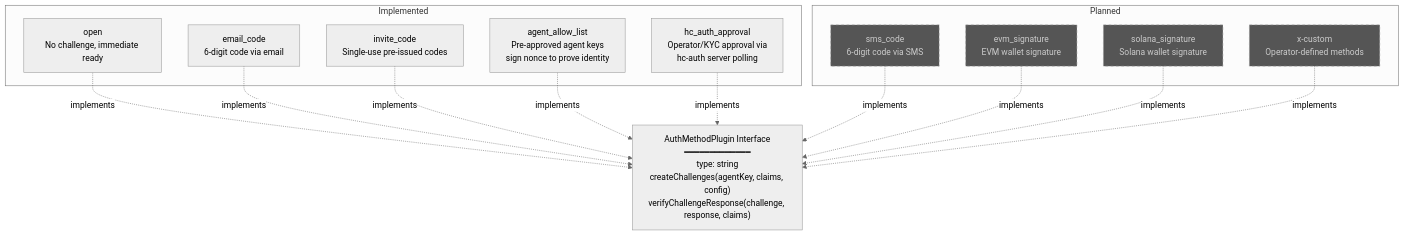
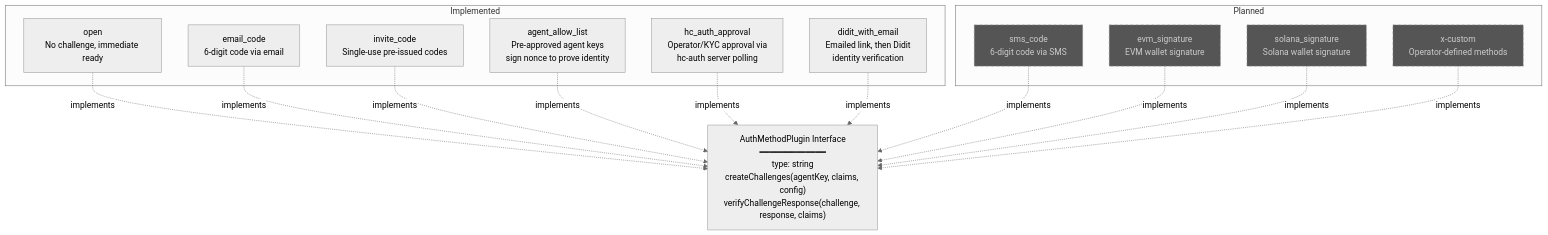
One commit to Holo-Host/joining-service changed the eighth of 9 diagrams in ARCHITECTURE.md. Above: the diagram before and after it, drawn with Mermaid (neutral theme). The commit also changed other lines of this file and 26 other files, not shown here.

First line of the commit message:
feat(auth): didit_with_email joins by emailed link and Didit verification

````diff
--- a/ARCHITECTURE.md
+++ b/ARCHITECTURE.md
@@ -420,34 +435,36 @@
 ```mermaid
 graph TB
     subgraph "Implemented"
         Open["open<br/>No challenge, immediate ready"]
         EmailCode["email_code<br/>6-digit code via email"]
         InviteCode["invite_code<br/>Single-use pre-issued codes"]
         AgentWL["agent_allow_list<br/>Pre-approved agent keys<br/>sign nonce to prove identity"]
         HcApproval["hc_auth_approval<br/>Operator/KYC approval via<br/>hc-auth server polling"]
+        Didit["didit_with_email<br/>Emailed link, then Didit<br/>identity verification"]
     end
 
     subgraph "Planned"
         SMS["sms_code<br/>6-digit code via SMS"]
         EVM["evm_signature<br/>EVM wallet signature"]
         Solana["solana_signature<br/>Solana wallet signature"]
         Custom["x-custom<br/>Operator-defined methods"]
     end
 
     Interface["AuthMethodPlugin Interface<br/>━━━━━━━━━━━━━<br/>type: string<br/>createChallenges(agentKey, claims, config)<br/>verifyChallengeResponse(challenge, response, claims)"]
 
     Open -.->|implements| Interface
     EmailCode -.->|implements| Interface
     InviteCode -.->|implements| Interface
     AgentWL -.->|implements| Interface
     HcApproval -.->|implements| Interface
+    Didit -.->|implements| Interface
     SMS -.->|implements| Interface
     EVM -.->|implements| Interface
     Solana -.->|implements| Interface
     Custom -.->|implements| Interface
 
     style SMS fill:#555,color:#ccc,stroke-dasharray: 5 5
     style EVM fill:#555,color:#ccc,stroke-dasharray: 5 5
     style Solana fill:#555,color:#ccc,stroke-dasharray: 5 5
     style Custom fill:#555,color:#ccc,stroke-dasharray: 5 5
 ```
````
